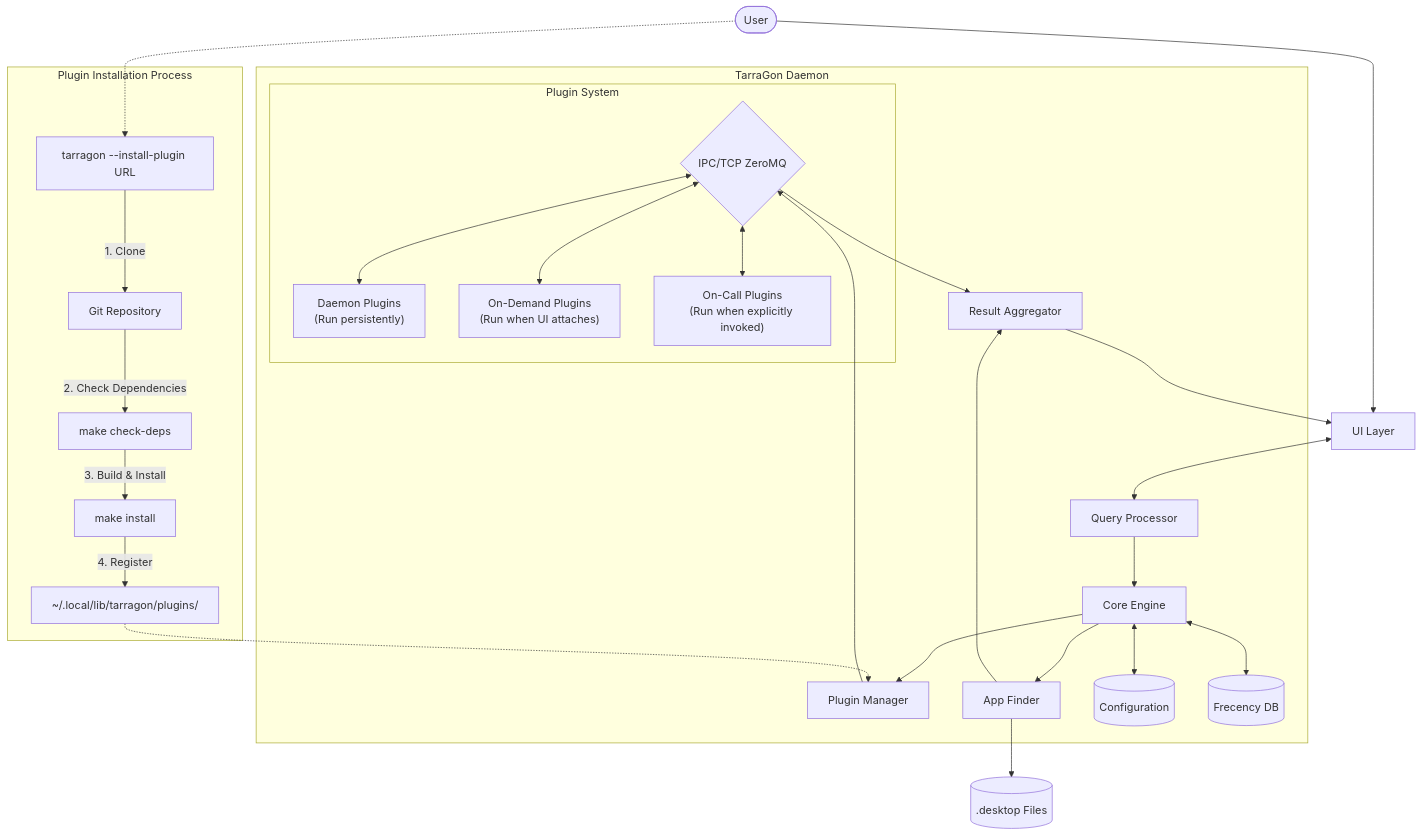
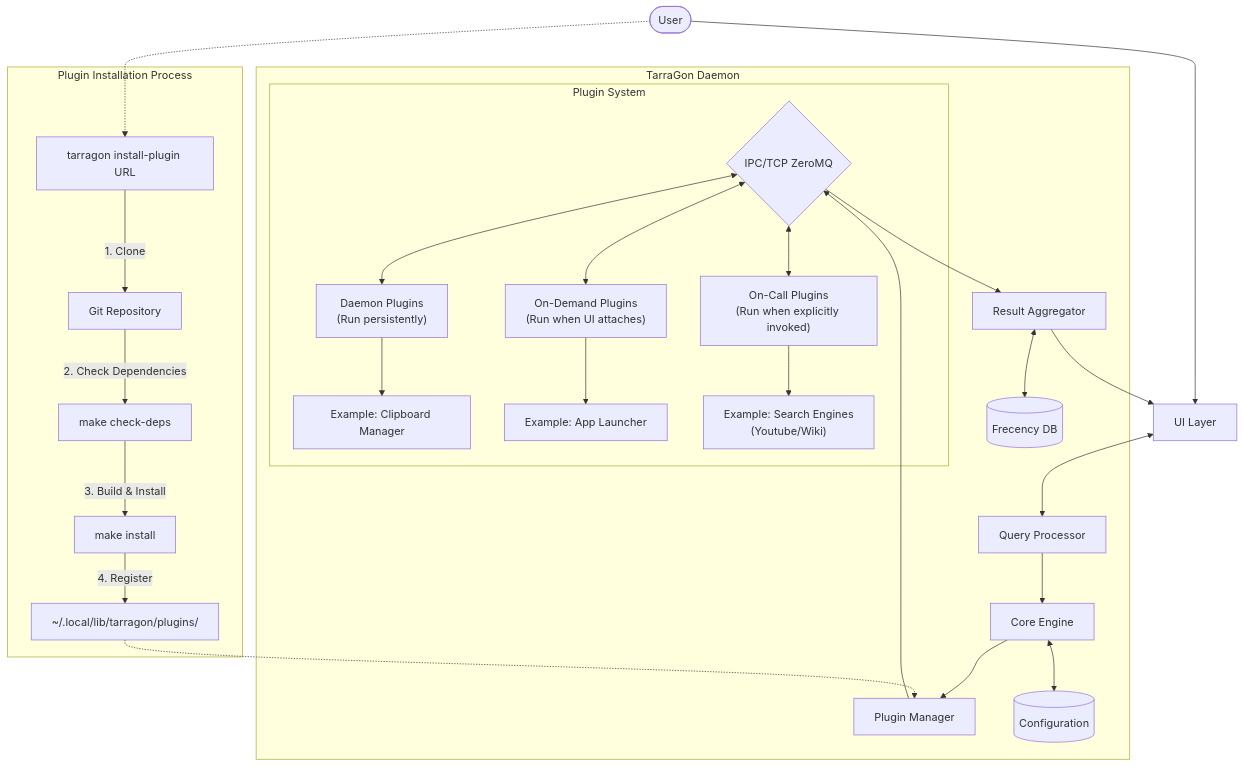
The diagram in README.md (iMithrellas/tarragon), drawn with Mermaid before and after one commit. The commit also changed other lines of this file and 1 other file, not shown here.

````diff
--- a/README.md
+++ b/README.md
@@ -119,52 +104,55 @@
 ```mermaid
 graph TD
  subgraph Plugins["Plugin System"]
         DaemonPlugins["Daemon Plugins
 (Run persistently)"]
+        ClipboardMgr["Example: Clipboard Manager"]
         OnDemandPlugins["On-Demand Plugins
 (Run when UI attaches)"]
+        AppLauncher["Example: App Launcher"]
         OnCallPlugins["On-Call Plugins
 (Run when explicitly invoked)"]
+        SearchEngines["Example: Search Engines
+        (Youtube/Wiki)"]
         Socket{"IPC/TCP ZeroMQ"}
   end
  subgraph Daemon["TarraGon Daemon"]
         Core["Core Engine"]
         QueryProcessor["Query Processor"]
         PluginManager["Plugin Manager"]
-        AppFinder["App Finder"]
         ResultAggregator["Result Aggregator"]
         Config[("Configuration")]
         FrecencyDB[("Frecency DB")]
         Plugins
   end
  subgraph PluginInstall["Plugin Installation Process"]
         GitRepo["Git Repository"]
-        InstallCommand["tarragon --install-plugin URL"]
+        InstallCommand["tarragon install-plugin URL"]
         DepCheck["make check-deps"]
         MakeInstall["make install"]
         PluginDir["~/.local/lib/tarragon/plugins/"]
   end
     User(["User"]) --> UI["UI Layer"]
     User -.-> InstallCommand
     UI <--> QueryProcessor
     QueryProcessor --> Core
     Core --> PluginManager
-    Core --> AppFinder
     Core <--> Config
-    Core <--> FrecencyDB
-    AppFinder --> ResultAggregator
-    AppFinder  --> DesktopFiles[(".desktop Files")]
+    ResultAggregator <--> FrecencyDB
     PluginManager --> Socket
     Socket <--> DaemonPlugins
+    DaemonPlugins --> ClipboardMgr
     Socket <--> OnDemandPlugins
+    OnDemandPlugins --> AppLauncher
+    OnCallPlugins --> SearchEngines
     Socket <--> OnCallPlugins
     ResultAggregator --> UI
     Socket --> ResultAggregator
     InstallCommand -- "1. Clone" --> GitRepo
     GitRepo -- "2. Check Dependencies" --> DepCheck
     DepCheck -- "3. Build & Install" --> MakeInstall
     MakeInstall -- "4. Register" --> PluginDir
     PluginDir -.-> PluginManager
 
     classDef anchor shape:anchor
 ```
````
